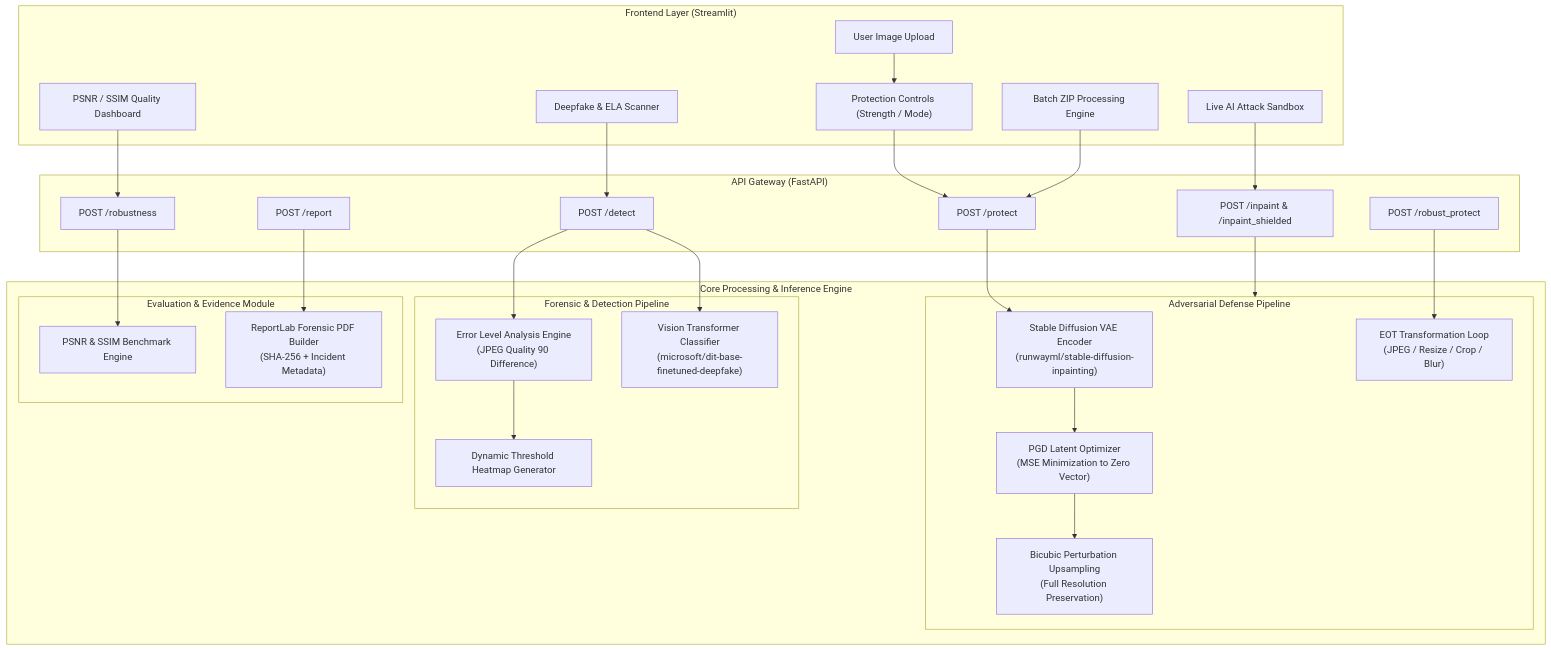
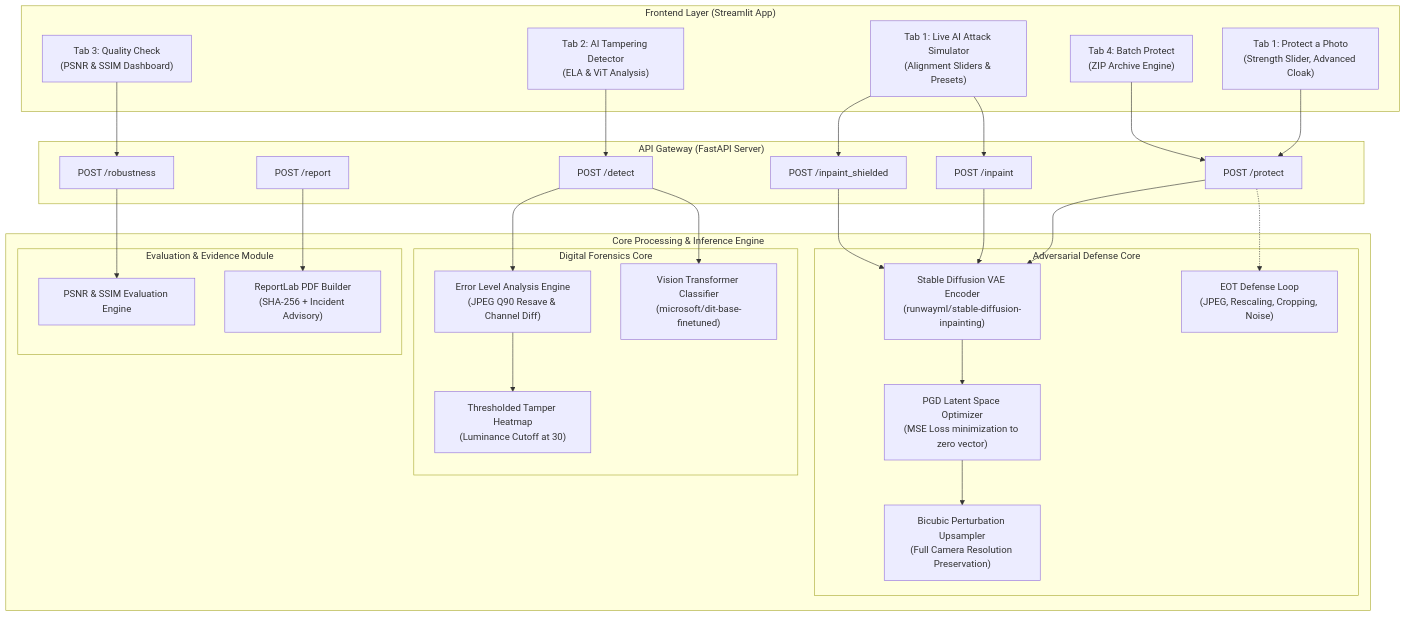
Before and after one commit to manasvisharma2231/PhotoShield: the third of 7 diagrams in README.md, drawn with Mermaid. The commit also changed other lines of this file, not shown here.

````diff
--- a/README.md
+++ b/README.md
@@ -102,57 +163,61 @@
 ```mermaid
 flowchart TD
-    subgraph ClientLayer["Frontend Layer (Streamlit)"]
-        UI_Upload["User Image Upload"]
-        UI_Shield["Protection Controls (Strength / Mode)"]
-        UI_Sim["Live AI Attack Sandbox"]
-        UI_Detect["Deepfake & ELA Scanner"]
-        UI_Quality["PSNR / SSIM Quality Dashboard"]
-        UI_Batch["Batch ZIP Processing Engine"]
+    subgraph Frontend["Frontend Layer (Streamlit App)"]
+        UI_Protect["Tab 1: Protect a Photo<br/>(Strength Slider, Advanced Cloak)"]
+        UI_Sim["Tab 1: Live AI Attack Simulator<br/>(Alignment Sliders & Presets)"]
+        UI_Detect["Tab 2: AI Tampering Detector<br/>(ELA & ViT Analysis)"]
+        UI_Quality["Tab 3: Quality Check<br/>(PSNR & SSIM Dashboard)"]
+        UI_Batch["Tab 4: Batch Protect<br/>(ZIP Archive Engine)"]
     end
 
-    subgraph APILayer["API Gateway (FastAPI)"]
+    subgraph API["API Gateway (FastAPI Server)"]
         EP_Protect["POST /protect"]
-        EP_Inpaint["POST /inpaint & /inpaint_shielded"]
+        EP_Inpaint["POST /inpaint"]
+        EP_InpaintShield["POST /inpaint_shielded"]
         EP_Detect["POST /detect"]
         EP_Robust["POST /robustness"]
-        EP_EOT["POST /robust_protect"]
         EP_Report["POST /report"]
     end
 
     subgraph CoreEngine["Core Processing & Inference Engine"]
-        subgraph ProactiveDefense["Adversarial Defense Pipeline"]
-            SD_VAE["Stable Diffusion VAE Encoder\n(runwayml/stable-diffusion-inpainting)"]
-            PGD_Opt["PGD Latent Optimizer\n(MSE Minimization to Zero Vector)"]
-            Delta_Upsample["Bicubic Perturbation Upsampling\n(Full Resolution Preservation)"]
-            EOT_Engine["EOT Transformation Loop\n(JPEG / Resize / Crop / Blur)"]
+        subgraph ShieldCore["Adversarial Defense Core"]
+            SD_VAE["Stable Diffusion VAE Encoder<br/>(runwayml/stable-diffusion-inpainting)"]
+            PGD_Opt["PGD Latent Space Optimizer<br/>(MSE Loss minimization to zero vector)"]
+            Delta_Up["Bicubic Perturbation Upsampler<br/>(Full Camera Resolution Preservation)"]
+            EOT_Loop["EOT Defense Loop<br/>(JPEG, Rescaling, Cropping, Noise)"]
         end
 
-        subgraph ForensicAnalysis["Forensic & Detection Pipeline"]
-            ELA_Engine["Error Level Analysis Engine\n(JPEG Quality 90 Difference)"]
-            Heatmap_Gen["Dynamic Threshold Heatmap Generator"]
-            ViT_Classifier["Vision Transformer Classifier\n(microsoft/dit-base-finetuned-deepfake)"]
+        subgraph ForensicCore["Digital Forensics Core"]
+            ELA_Mod["Error Level Analysis Engine<br/>(JPEG Q90 Resave & Channel Diff)"]
+            Heatmap_Mod["Thresholded Tamper Heatmap<br/>(Luminance Cutoff at 30)"]
+            ViT_Mod["Vision Transformer Classifier<br/>(microsoft/dit-base-finetuned)"]
         end
 
-        subgraph QualityReporting["Evaluation & Evidence Module"]
-            Metrics_Calc["PSNR & SSIM Benchmark Engine"]
-            ReportLab_PDF["ReportLab Forensic PDF Builder\n(SHA-256 + Incident Metadata)"]
+        subgraph UtilityCore["Evaluation & Evidence Module"]
+            Metrics_Mod["PSNR & SSIM Evaluation Engine"]
+            PDF_Mod["ReportLab PDF Builder<br/>(SHA-256 + Incident Advisory)"]
         end
     end
 
-    %% Client to API links
-    UI_Upload --> UI_Shield
-    UI_Shield --> EP_Protect
+    UI_Protect --> EP_Protect
     UI_Sim --> EP_Inpaint
+    UI_Sim --> EP_InpaintShield
     UI_Detect --> EP_Detect
     UI_Quality --> EP_Robust
     UI_Batch --> EP_Protect
 
-    %% API to Core Engine links
-    EP_Protect --> SD_VAE --> PGD_Opt --> Delta_Upsample
-    EP_EOT --> EOT_Engine
-    EP_Inpaint --> ProactiveDefense
-    EP_Detect --> ELA_Engine & ViT_Classifier
-    ELA_Engine --> Heatmap_Gen
-    EP_Robust --> Metrics_Calc
-    EP_Report --> ReportLab_PDF
+    EP_Protect --> SD_VAE
+    SD_VAE --> PGD_Opt
+    PGD_Opt --> Delta_Up
+    EP_Protect -.-> EOT_Loop
+
+    EP_Inpaint --> SD_VAE
+    EP_InpaintShield --> SD_VAE
+
+    EP_Detect --> ELA_Mod
+    EP_Detect --> ViT_Mod
+    ELA_Mod --> Heatmap_Mod
+
+    EP_Robust --> Metrics_Mod
+    EP_Report --> PDF_Mod
 ```
````
